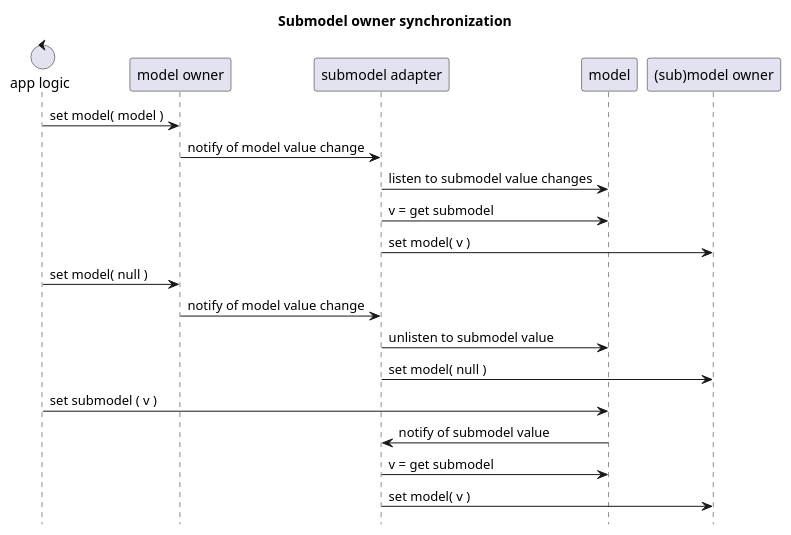
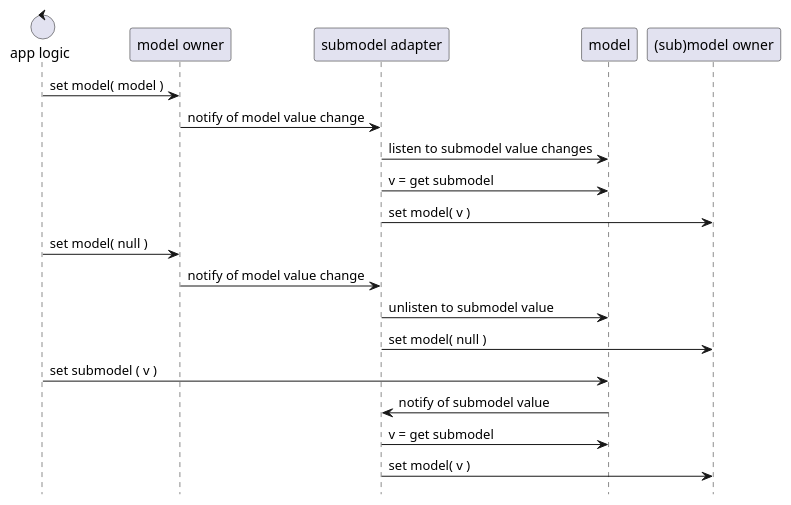
One commit to goranstack/esox changed the fifth of 8 diagrams in gh-pages/src/main/asciidoc/index.adoc. Above: the diagram before and after it, drawn with PlantUML. The commit also changed other lines of this file and 3 other files, not shown here.

```diff
--- a/gh-pages/src/main/asciidoc/index.adoc
+++ b/gh-pages/src/main/asciidoc/index.adoc
@@ -141,24 +145,23 @@
 [plantuml, submodel-synchronization, svg]
 ....
 @startuml
 
 hide footbox
-title Submodel owner synchronization
 
 control "app logic"
 
 "app logic" -> "model owner" : set model( model )
 "model owner" -> "submodel adapter" : notify of model value change
 "submodel adapter" -> model : listen to submodel value changes
 "submodel adapter" -> model : v = get submodel
 "submodel adapter" -> "(sub)model owner" : set model( v )
 "app logic" -> "model owner" : set model( null )
 "model owner" -> "submodel adapter" : notify of model value change
 "submodel adapter" -> model : unlisten to submodel value
 "submodel adapter" -> "(sub)model owner" : set model( null )
 "app logic" -> model : set submodel ( v )
 model -> "submodel adapter" : notify of submodel value
 "submodel adapter" -> model : v = get submodel
 "submodel adapter" -> "(sub)model owner" : set model( v )
 @enduml
 ....
```
